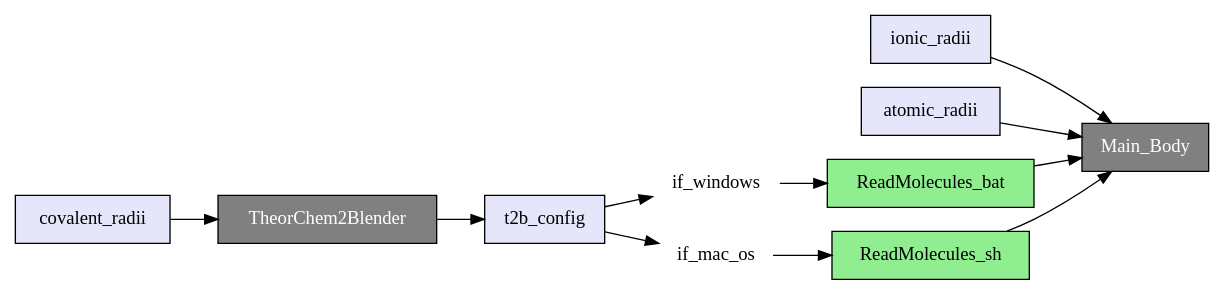
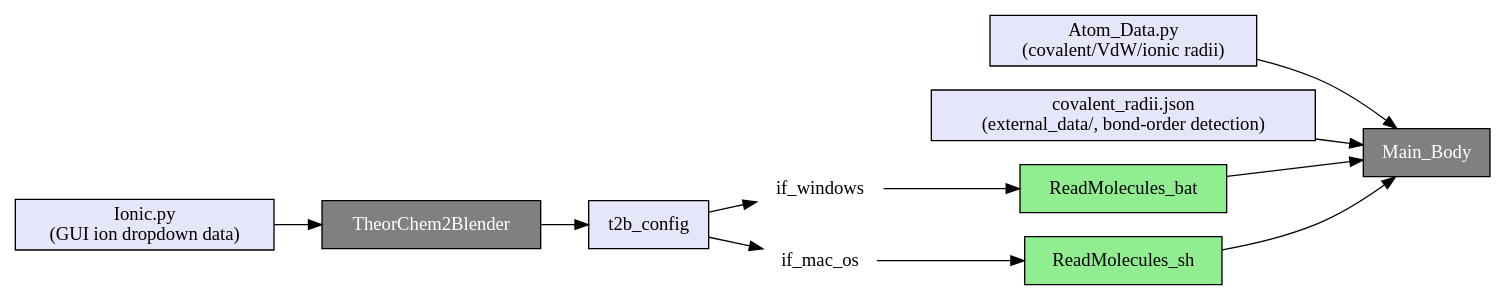
The first of 5 diagrams in docs/components.rst (eecheve/Gaussian-2-Blender), drawn with Graphviz before and after one commit. The commit also changed other lines of this file and 13 other files, not shown here.

```diff
--- a/docs/components.rst
+++ b/docs/components.rst
@@ -15,36 +21,36 @@
 .. graphviz::
 
    digraph Outline {
          rankdir = LR;
          node [shape=box, style=filled];
 
          Main_Body [fillcolor=gray, fontcolor=white, color=black, style=filled, shape=box];
          TheorChem2Blender [fillcolor=gray, fontcolor=white, color=black, style=filled, shape=box];
-         
-         covalent_radii [fillcolor=lavender];
-         ionic_radii [fillcolor=lavender];
-         atomic_radii [fillcolor=lavender];
+
+         Ionic_py [label="Ionic.py\n(GUI ion dropdown data)", fillcolor=lavender];
+         Atom_Data_py [label="Atom_Data.py\n(covalent/VdW/ionic radii)", fillcolor=lavender];
+         covalent_radii_json [label="covalent_radii.json\n(external_data/, bond-order detection)", fillcolor=lavender];
 
          t2b_config [fillcolor=lavender];
 
          ReadMolecules_bat [fillcolor=lightgreen];
          ReadMolecules_sh [fillcolor=lightgreen];
 
          if_windows [shape=box, style=filled, fillcolor=white, color=white];
          if_mac_os [shape=box, style=filled, fillcolor=white, color=white];
 
-         covalent_radii -> TheorChem2Blender;
-         
+         Ionic_py -> TheorChem2Blender;
+
          TheorChem2Blender -> t2b_config;
 
          t2b_config -> if_windows;
          t2b_config -> if_mac_os;
 
          if_windows -> ReadMolecules_bat;
          if_mac_os -> ReadMolecules_sh;
 
          ReadMolecules_bat -> Main_Body;
          ReadMolecules_sh -> Main_Body;
-         ionic_radii -> Main_Body;
-         atomic_radii -> Main_Body;
+         Atom_Data_py -> Main_Body;
+         covalent_radii_json -> Main_Body;
    }
```
